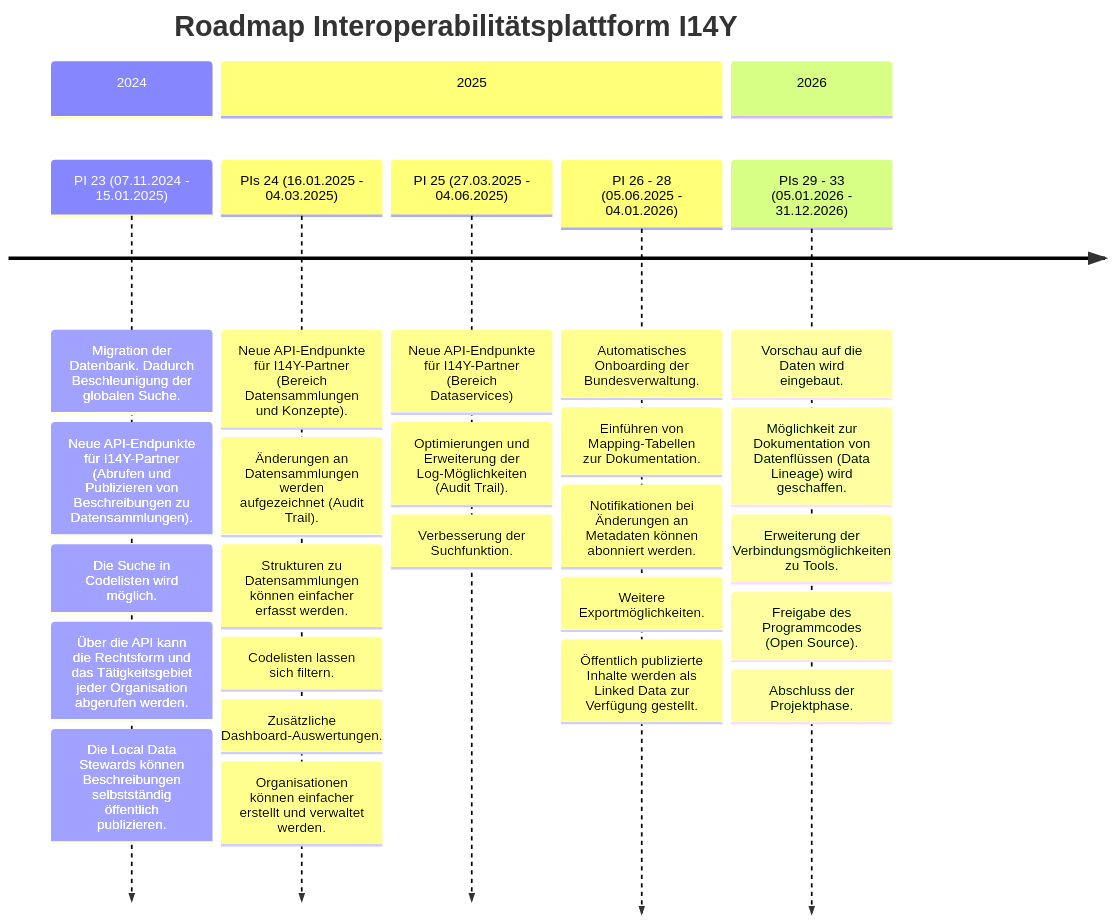
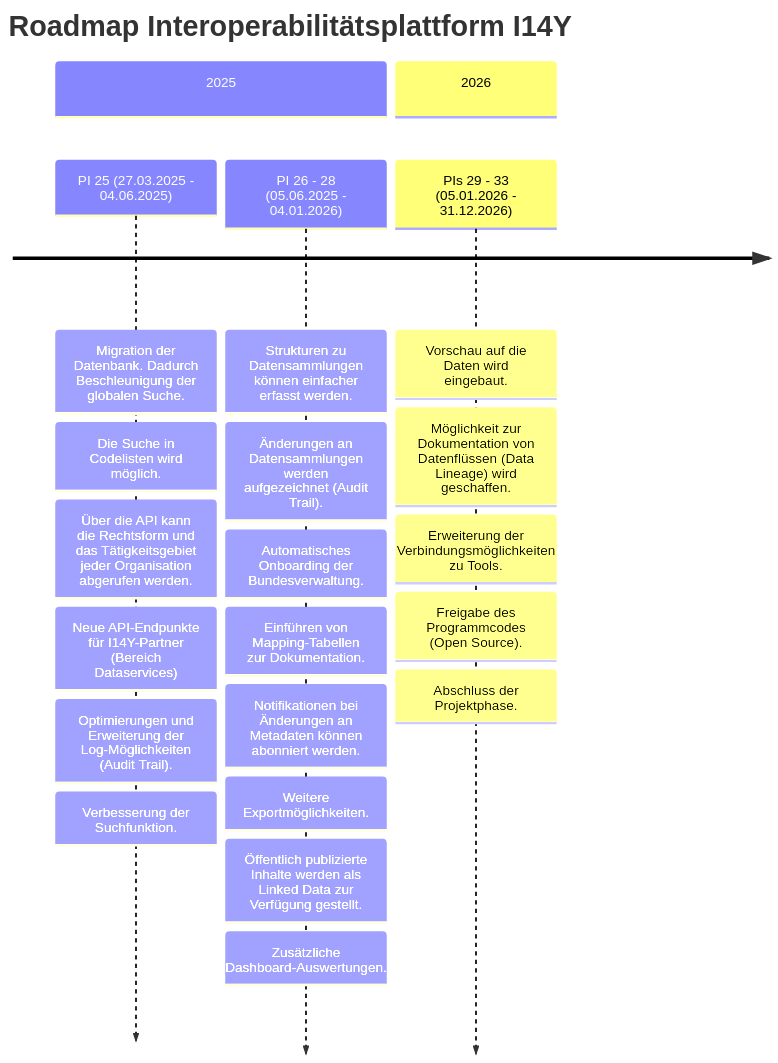
One commit to I14Y-ch/handbook changed the diagram in content/de/plattform/roadmap.md. Above: the diagram before and after it, drawn with Mermaid. The commit also changed other lines of this file, not shown here.

Commit message:
Roadmap slightly changed

````diff
--- a/content/de/plattform/roadmap.md
+++ b/content/de/plattform/roadmap.md
@@ -21,41 +21,31 @@
-```mermaid
+{{< mermaid width="650px" >}}
 timeline
     title Roadmap Interoperabilitätsplattform I14Y
     
-    section 2024
-        PI 23 (07.11.2024 - 15.01.2025)
+    section 2025
+        PI 25 (27.03.2025 - 04.06.2025)
         : Migration der Datenbank. Dadurch Beschleunigung der globalen Suche.
-        : Neue API-Endpunkte für I14Y-Partner (Abrufen und Publizieren von Beschreibungen zu Datensammlungen).
         : Die Suche in Codelisten wird möglich.
         : Über die API kann die Rechtsform und das Tätigkeitsgebiet jeder Organisation abgerufen werden.
-        : Die Local Data Stewards können Beschreibungen selbstständig öffentlich publizieren.
-    
-    section 2025
-        PIs 24 (16.01.2025 - 04.03.2025)
-        : Neue API-Endpunkte für I14Y-Partner (Bereich Datensammlungen und Konzepte).
-        : Änderungen an Datensammlungen werden aufgezeichnet (Audit Trail).
-        : Strukturen zu Datensammlungen können einfacher erfasst werden.
-        : Codelisten lassen sich filtern.
-        : Zusätzliche Dashboard-Auswertungen.
-        : Organisationen können einfacher erstellt und verwaltet werden.
-        
-        PI 25 (27.03.2025 - 04.06.2025)
         : Neue API-Endpunkte für I14Y-Partner (Bereich Dataservices)
         : Optimierungen und Erweiterung der Log-Möglichkeiten (Audit Trail).
         : Verbesserung der Suchfunktion.
         
         PI 26 - 28 (05.06.2025 - 04.01.2026)
+        : Strukturen zu Datensammlungen können einfacher erfasst werden.
+        : Änderungen an Datensammlungen werden aufgezeichnet (Audit Trail).
         : Automatisches Onboarding der Bundesverwaltung.
         : Einführen von Mapping-Tabellen zur Dokumentation.
         : Notifikationen bei Änderungen an Metadaten können abonniert werden.
         : Weitere Exportmöglichkeiten.
         : Öffentlich publizierte Inhalte werden als Linked Data zur Verfügung gestellt.
-    
+        : Zusätzliche Dashboard-Auswertungen.
+  
     section 2026
         PIs 29 - 33 (05.01.2026 - 31.12.2026)
         : Vorschau auf die Daten wird eingebaut.
         : Möglichkeit zur Dokumentation von Datenflüssen (Data Lineage) wird geschaffen.
         : Erweiterung der Verbindungsmöglichkeiten zu Tools.
         : Freigabe des Programmcodes (Open Source).
         : Abschluss der Projektphase.
-```
+{{< /mermaid >}}
````
